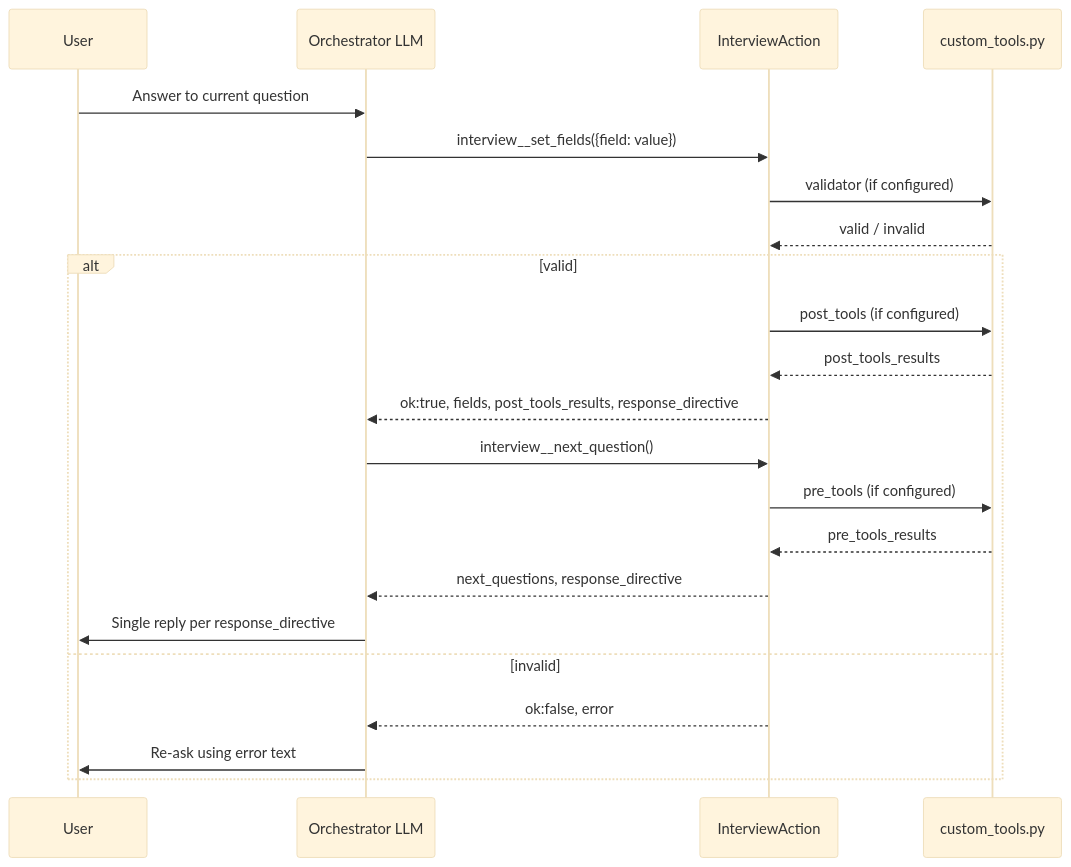
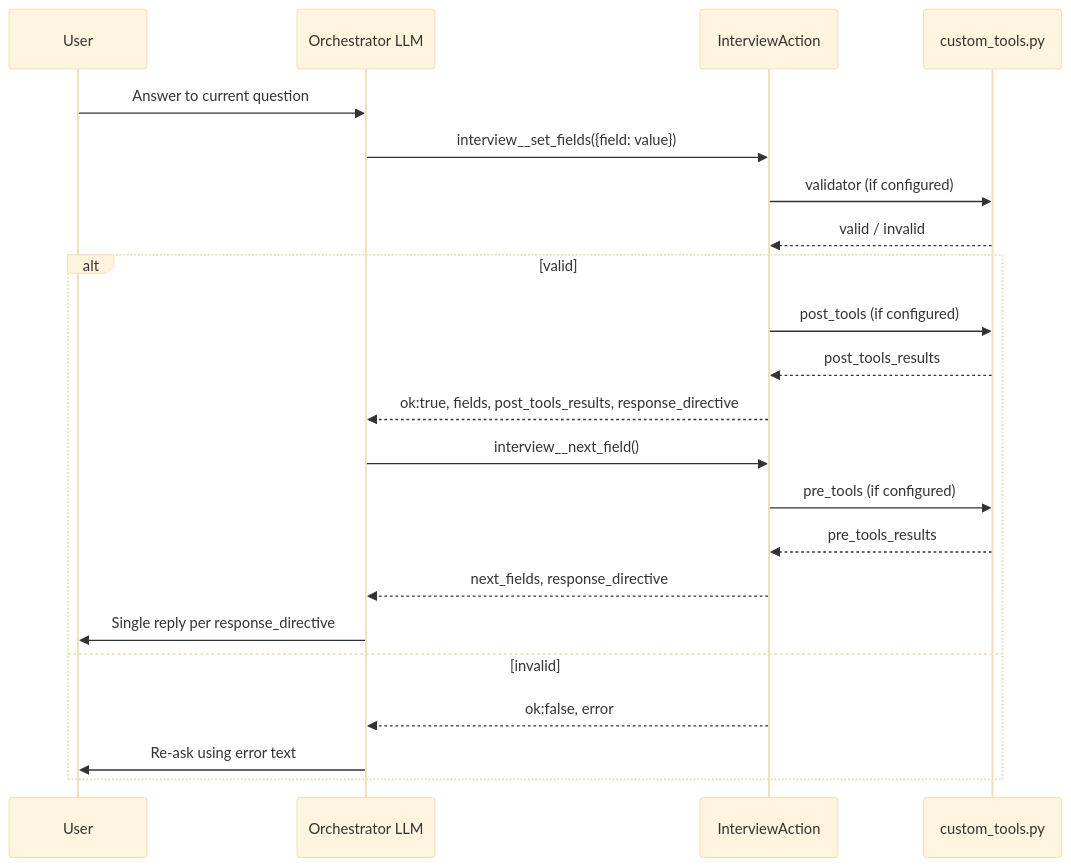
One commit to TrueSelph/jvagent changed the diagram in jvagent/action/interview_action/docs/multi-turn-flow.md. Above: the diagram before and after it, drawn with Mermaid (base theme). The commit also changed other lines of this file and 97 other files, not shown here.

````diff
--- a/jvagent/action/interview_action/docs/multi-turn-flow.md
+++ b/jvagent/action/interview_action/docs/multi-turn-flow.md
@@ -66,25 +66,25 @@
 ```mermaid
 sequenceDiagram
     participant U as User
     participant O as Orchestrator LLM
     participant IA as InterviewAction
     participant H as custom_tools.py
 
     U->>O: Answer to current question
     O->>IA: interview__set_fields({field: value})
     IA->>H: validator (if configured)
     H-->>IA: valid / invalid
     alt valid
         IA->>H: post_tools (if configured)
         H-->>IA: post_tools_results
         IA-->>O: ok:true, fields, post_tools_results, response_directive
-        O->>IA: interview__next_question()
+        O->>IA: interview__next_field()
         IA->>H: pre_tools (if configured)
         H-->>IA: pre_tools_results
-        IA-->>O: next_questions, response_directive
+        IA-->>O: next_fields, response_directive
         O->>U: Single reply per response_directive
     else invalid
         IA-->>O: ok:false, error
         O->>U: Re-ask using error text
     end
 ```
````
